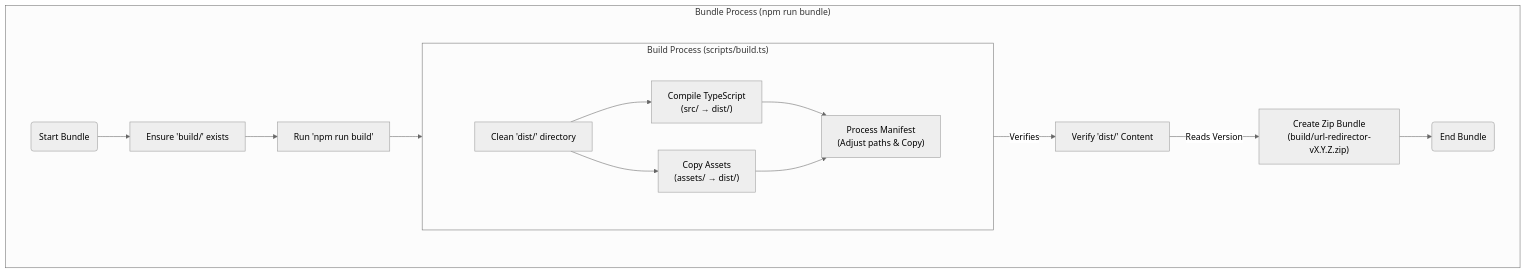
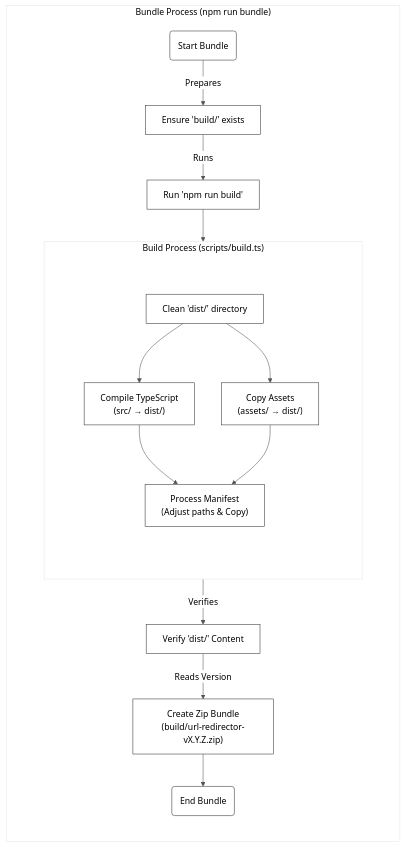
The diagram in docs/build-system.md (jordanblakey/url-redirector), drawn with Mermaid before and after one commit. The commit also changed other lines of this file, not shown here.

Commit message:
Revise architecture diagram in build-system.md
Updated the architecture diagram for the build process to improve clarity and consistency.

````diff
--- a/docs/build-system.md
+++ b/docs/build-system.md
@@ -9,43 +66,53 @@
 ```mermaid
 %%{init: {'theme': 'neutral', 'flowchart': {'curve': 'monotoneY'}, "flowchart": {"nodeSpacing": 50, "rankSpacing": 10}} }%%
-graph LR
+%%{init: {
+  'theme': 'base',
+  'themeVariables': {
+    'primaryColor': '#fff',
+    'primaryBorderColor': '#333',
+    'primaryTextColor': '#000',
+    'lineColor': '#555'
+  }
+} }%%
+graph TD
     subgraph Bundle["Bundle Process (npm run bundle)"]
-        direction LR
+        %% FORCE Vertical Layout inside this box
+        direction TB
         
-        %% 1. Outer Padding (Protects 'Bundle Process' title)
+        %% 1. Outer Padding (Fixes title overlap)
         subgraph PadBundle[" "]
-            direction LR
+            direction TB
             style PadBundle fill:none,stroke:none
             
-            Start(Start Bundle) --> Prep[Ensure 'build/' exists]
-            Prep --> Run[Run 'npm run build']
+            Start(Start Bundle) -->|Prepares| BuildDir["Ensure 'build/' exists"]
+            BuildDir -->|Runs| RunBuild["Run 'npm run build'"]
+            RunBuild --> Clean
             
             %% 2. Inner Subgraph
             subgraph Build["Build Process (scripts/build.ts)"]
-                direction LR
+                %% FORCE Vertical Layout inside this box too
+                direction TB
                 
-                %% 3. Inner Padding (Protects 'Build Process' title)
+                %% 3. Inner Padding
                 subgraph PadBuild[" "]
-                    direction LR
+                    direction TB
                     style PadBuild fill:none,stroke:none
                     
-                    Clean[Clean 'dist/' directory]
+                    Clean["Clean 'dist/' directory"]
                     
-                    %% Parallel Split
-                    Clean --> Compile["Compile TypeScript<br/>(src/ → dist/)"]
+                    %% Parallel Steps (Side-by-Side in a Vertical Stack)
+                    Clean --> TS["Compile TypeScript<br/>(src/ → dist/)"]
                     Clean --> Assets["Copy Assets<br/>(assets/ → dist/)"]
                     
                     %% Converge
-                    Compile --> Manifest["Process Manifest<br/>(Adjust paths & Copy)"]
+                    TS --> Manifest["Process Manifest<br/>(Adjust paths & Copy)"]
                     Assets --> Manifest
                 end
             end
             
-            %% Connecting the flows
-            Run --> Clean
             Manifest -->|Verifies| Verify["Verify 'dist/' Content"]
             Verify -->|Reads Version| Zip["Create Zip Bundle<br/>(build/url-redirector-vX.Y.Z.zip)"]
             Zip --> End(End Bundle)
         end
     end
 ```
````
